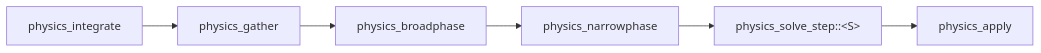
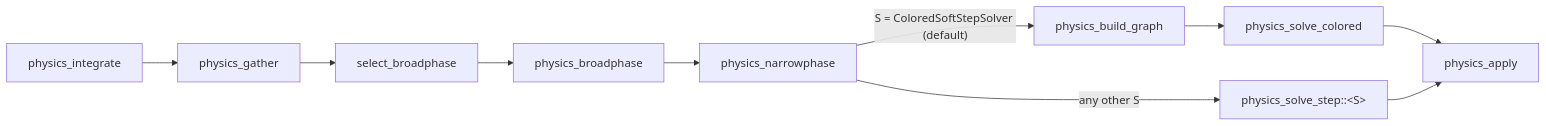
The diagram in book/src/simulation/physics.md (bluesteelll/boyko-engine), drawn with Mermaid before and after one commit. The commit also changed other lines of this file, not shown here.

````diff
--- a/book/src/simulation/physics.md
+++ b/book/src/simulation/physics.md
@@ -198,8 +225,12 @@
 ```mermaid
 flowchart LR
     A[physics_integrate] --> B[physics_gather]
-    B --> C[physics_broadphase]
+    B --> P[select_broadphase]
+    P --> C[physics_broadphase]
     C --> D[physics_narrowphase]
-    D --> E["physics_solve_step::&lt;S&gt;"]
+    D -->|"S = ColoredSoftStepSolver (default)"| G[physics_build_graph]
+    G --> E[physics_solve_colored]
+    D -->|"any other S"| R["physics_solve_step::&lt;S&gt;"]
     E --> F[physics_apply]
+    R --> F
 ```
````
